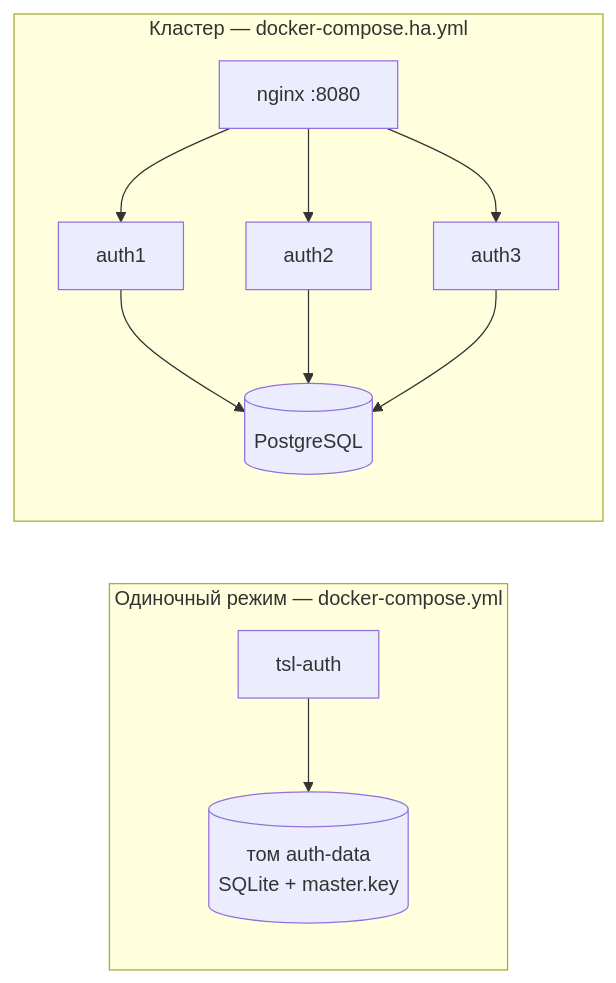
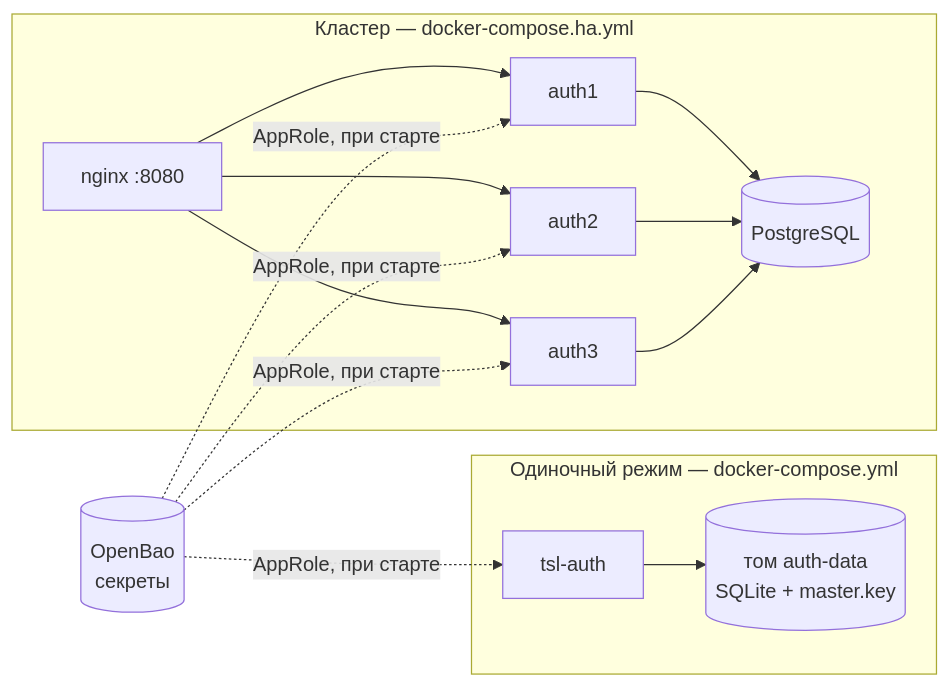
One commit to akprof2000/tsl-auth changed the first of 4 diagrams in docs/deployment.md. Above: the diagram before and after it, drawn with Mermaid. The commit also changed other lines of this file and 36 other files, not shown here.

First line of the commit message:
OpenBao — единое хранилище секретов: TSL Auth и демо читают секреты по AppRole

````diff
--- a/docs/deployment.md
+++ b/docs/deployment.md
@@ -5,10 +5,11 @@
 ```mermaid
 flowchart LR
     subgraph "Одиночный режим — docker-compose.yml"
         S1[tsl-auth] --> V1[(том auth-data<br/>SQLite + master.key)]
     end
     subgraph "Кластер — docker-compose.ha.yml"
         LB[nginx :8080] --> N1[auth1] & N2[auth2] & N3[auth3]
         N1 & N2 & N3 --> PG[(PostgreSQL)]
     end
+    BAO[(OpenBao<br/>секреты)] -. "AppRole, при старте" .-> S1 & N1 & N2 & N3
 ```
````
